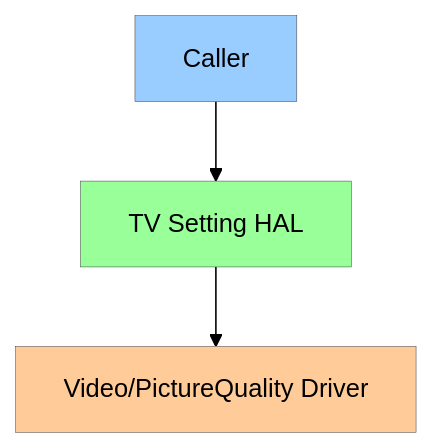
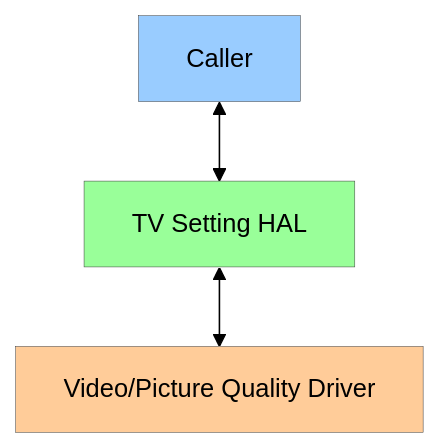
One commit to rdkcentral/rdkv-halif-tvsettings changed the first of 3 diagrams in docs/pages/halSpec.md. Above: the diagram before and after it, drawn with Mermaid. The commit also changed other lines of this file and 16 other files, not shown here.

````diff
--- a/docs/pages/halSpec.md
+++ b/docs/pages/halSpec.md
@@ -51,9 +51,9 @@
 ```mermaid
 %%{ init : { "theme" : "forest", "flowchart" : { "curve" : "linear" }}}%%
 flowchart TD
-Caller --> x[TV Setting HAL] 
-x[TV Setting HAL] --> y[Video/PictureQuality Driver]
+Caller <--> x[TV Setting HAL] 
+x[TV Setting HAL] <--> y[Video/Picture Quality Driver]
 style Caller fill:#99CCFF,stroke:#333,stroke-width:0.3px
 style y fill:#fc9,stroke:#333,stroke-width:0.3px
 style x fill:#9f9,stroke:#333,stroke-width:0.3px
 ```
````
